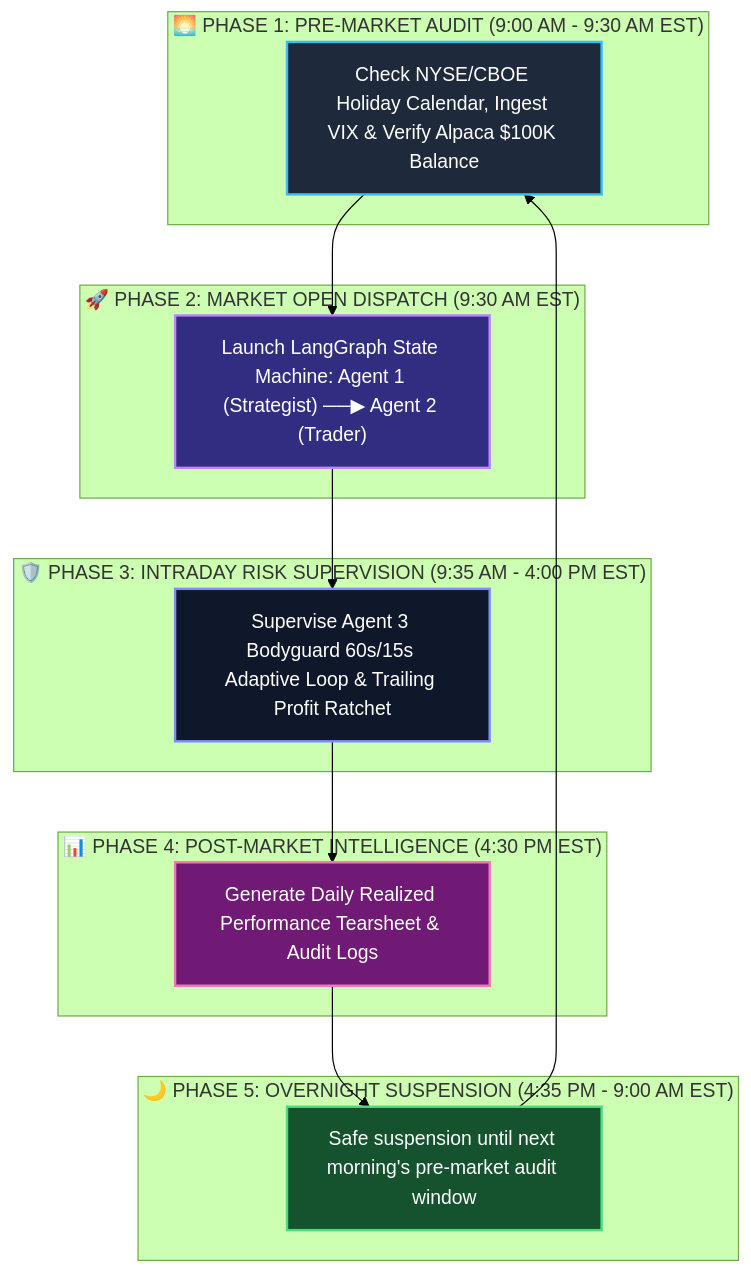
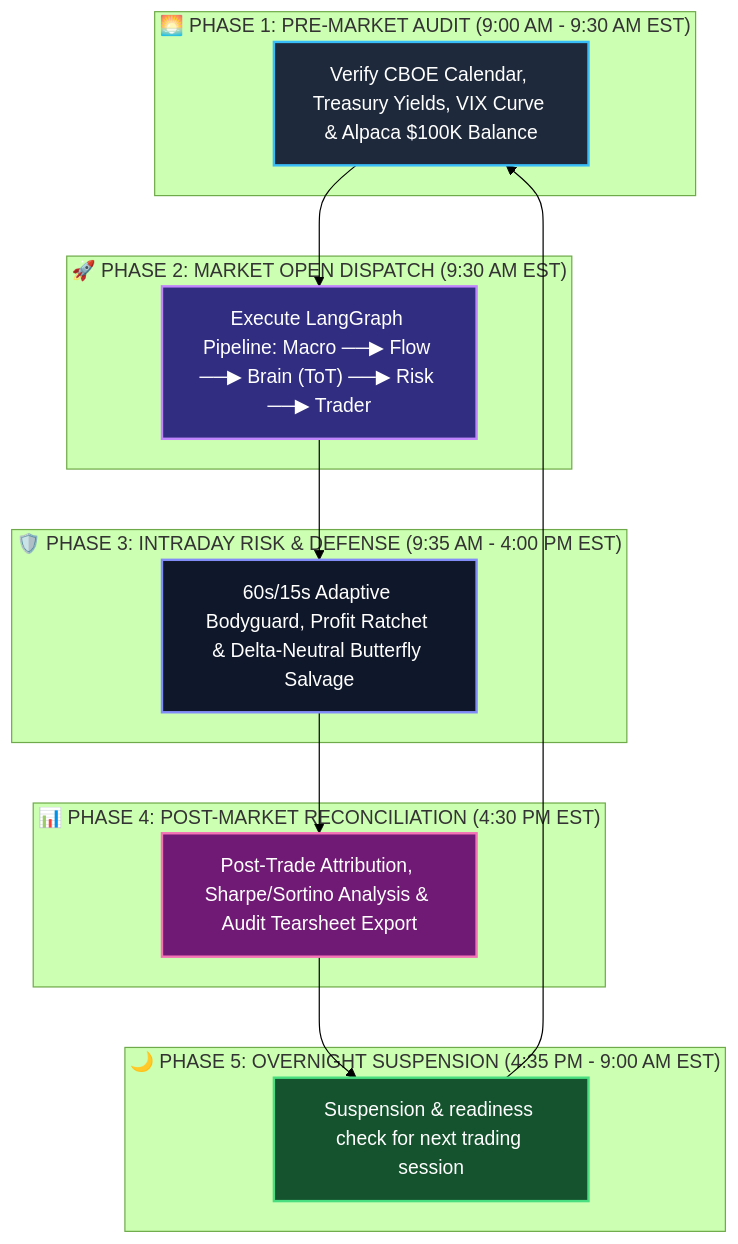
One commit to ranazain9/oracle-trading-agents changed the second of 3 diagrams in README.md. Above: the diagram before and after it, drawn with Mermaid (forest theme). The commit also changed other lines of this file and 65 other files, not shown here.

````diff
--- a/README.md
+++ b/README.md
@@ -190,30 +170,30 @@
 ```mermaid
 flowchart TD
     classDef pre fill:#1E293B,stroke:#38BDF8,stroke-width:2px,color:#FFFFFF;
     classDef open fill:#312E81,stroke:#C084FC,stroke-width:2px,color:#FFFFFF;
     classDef day fill:#0F172A,stroke:#818CF8,stroke-width:2px,color:#FFFFFF;
     classDef post fill:#701A75,stroke:#F472B6,stroke-width:2px,color:#FFFFFF;
     classDef sleep fill:#14532D,stroke:#4ADE80,stroke-width:2px,color:#FFFFFF;
 
     subgraph PHASE_1 ["🌅 PHASE 1: PRE-MARKET AUDIT (9:00 AM - 9:30 AM EST)"]
-        P1["Check NYSE/CBOE Holiday Calendar, Ingest VIX & Verify Alpaca $100K Balance"]:::pre
+        P1["Verify CBOE Calendar, Treasury Yields, VIX Curve & Alpaca $100K Balance"]:::pre
     end
 
     subgraph PHASE_2 ["🚀 PHASE 2: MARKET OPEN DISPATCH (9:30 AM EST)"]
-        P2["Launch LangGraph State Machine: Agent 1 (Strategist) ──▶ Agent 2 (Trader)"]:::open
+        P2["Execute LangGraph Pipeline: Macro ──▶ Flow ──▶ Brain (ToT) ──▶ Risk ──▶ Trader"]:::open
     end
 
-    subgraph PHASE_3 ["🛡️ PHASE 3: INTRADAY RISK SUPERVISION (9:35 AM - 4:00 PM EST)"]
-        P3["Supervise Agent 3 Bodyguard 60s/15s Adaptive Loop & Trailing Profit Ratchet"]:::day
+    subgraph PHASE_3 ["🛡️ PHASE 3: INTRADAY RISK & DEFENSE (9:35 AM - 4:00 PM EST)"]
+        P3["60s/15s Adaptive Bodyguard, Profit Ratchet & Delta-Neutral Butterfly Salvage"]:::day
     end
 
-    subgraph PHASE_4 ["📊 PHASE 4: POST-MARKET INTELLIGENCE (4:30 PM EST)"]
-        P4["Generate Daily Realized Performance Tearsheet & Audit Logs"]:::post
+    subgraph PHASE_4 ["📊 PHASE 4: POST-MARKET RECONCILIATION (4:30 PM EST)"]
+        P4["Post-Trade Attribution, Sharpe/Sortino Analysis & Audit Tearsheet Export"]:::post
     end
 
     subgraph PHASE_5 ["🌙 PHASE 5: OVERNIGHT SUSPENSION (4:35 PM - 9:00 AM EST)"]
-        P5["Safe suspension until next morning's pre-market audit window"]:::sleep
+        P5["Suspension & readiness check for next trading session"]:::sleep
     end
 
     P1 --> P2 --> P3 --> P4 --> P5 --> P1
 ```
````
